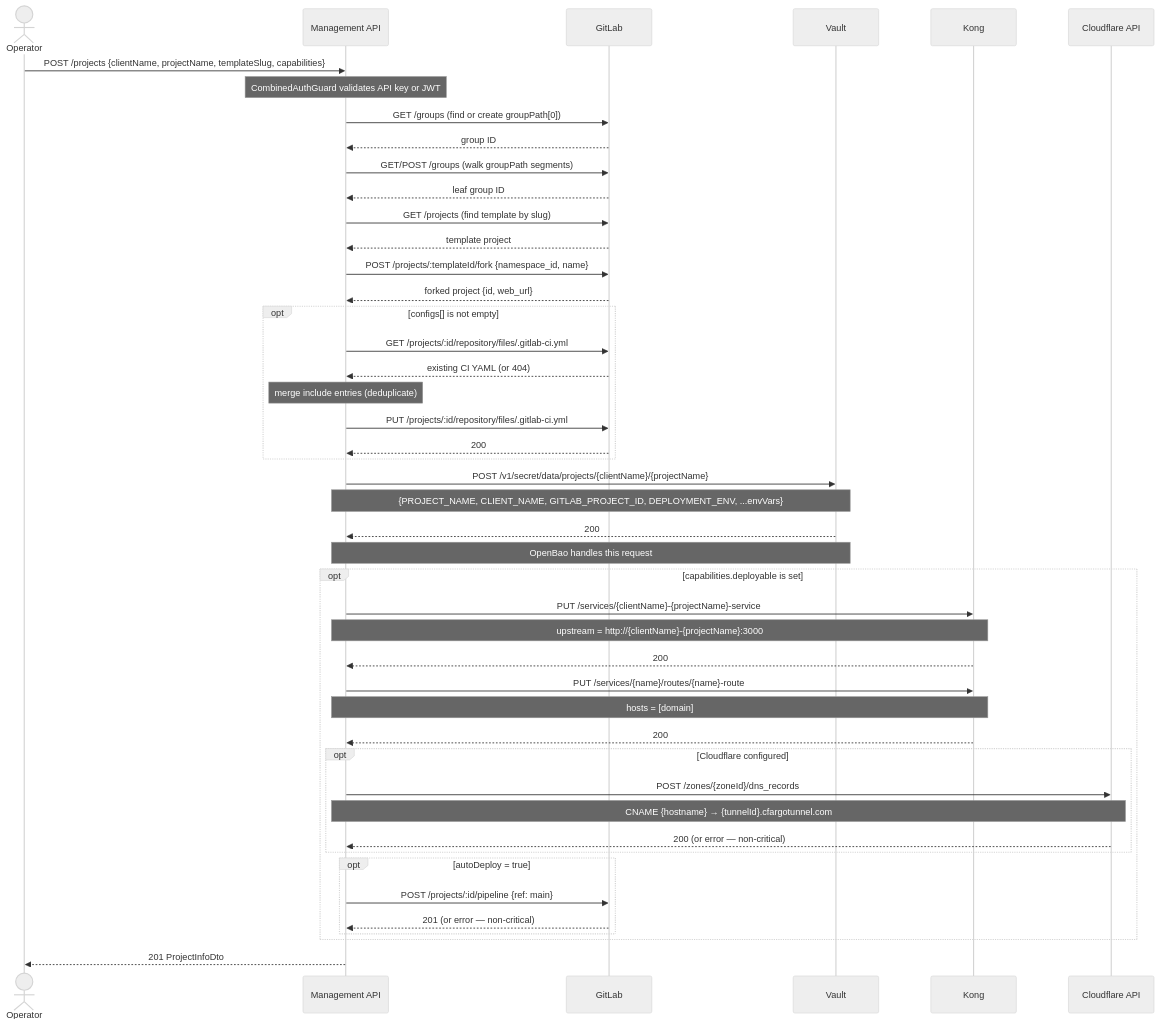
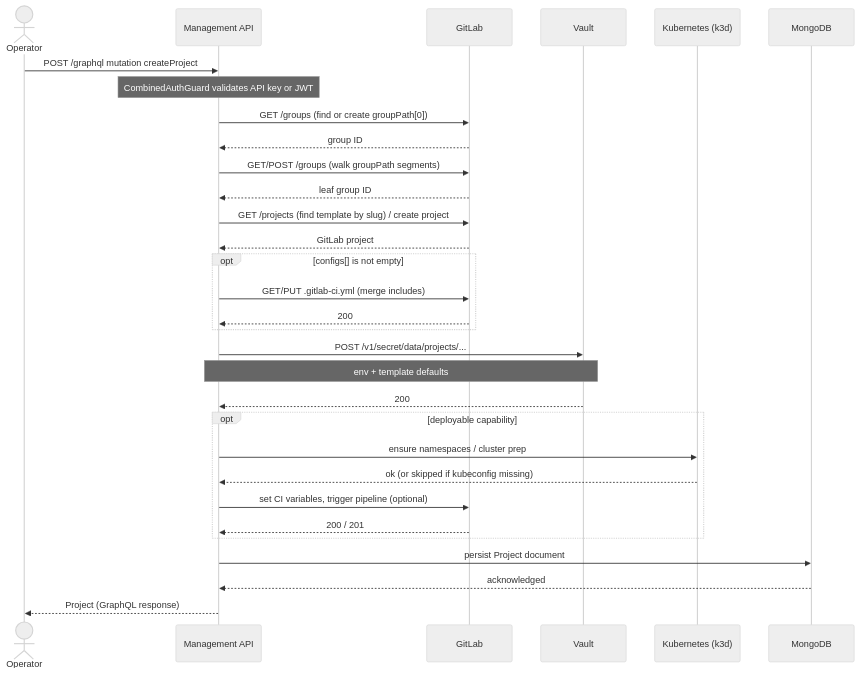
One commit to astarx-studio/devsecops-platform changed the first of 6 diagrams in __DOCS__/99_maintainers/04_data_flows.md. Above: the diagram before and after it, drawn with Mermaid (neutral theme). The commit also changed other lines of this file and 109 other files, not shown here.

````diff
--- a/__DOCS__/99_maintainers/04_data_flows.md
+++ b/__DOCS__/99_maintainers/04_data_flows.md
@@ -13,57 +13,41 @@
 ```mermaid
 sequenceDiagram
     actor Operator
     participant API as Management API
     participant GitLab
     participant Vault
-    participant Kong
-    participant CF as Cloudflare API
+    participant K8s as Kubernetes (k3d)
+    participant Mongo as MongoDB
 
-    Operator->>API: POST /projects {clientName, projectName, templateSlug, capabilities}
+    Operator->>API: POST /graphql mutation createProject
     Note over API: CombinedAuthGuard validates API key or JWT
 
     API->>GitLab: GET /groups (find or create groupPath[0])
     GitLab-->>API: group ID
     API->>GitLab: GET/POST /groups (walk groupPath segments)
     GitLab-->>API: leaf group ID
 
-    API->>GitLab: GET /projects (find template by slug)
-    GitLab-->>API: template project
-    API->>GitLab: POST /projects/:templateId/fork {namespace_id, name}
-    GitLab-->>API: forked project {id, web_url}
+    API->>GitLab: GET /projects (find template by slug) / create project
+    GitLab-->>API: GitLab project
 
     opt configs[] is not empty
-        API->>GitLab: GET /projects/:id/repository/files/.gitlab-ci.yml
-        GitLab-->>API: existing CI YAML (or 404)
-        Note over API: merge include entries (deduplicate)
-        API->>GitLab: PUT /projects/:id/repository/files/.gitlab-ci.yml
+        API->>GitLab: GET/PUT .gitlab-ci.yml (merge includes)
         GitLab-->>API: 200
     end
 
-    API->>Vault: POST /v1/secret/data/projects/{clientName}/{projectName}
-    Note over API,Vault: {PROJECT_NAME, CLIENT_NAME, GITLAB_PROJECT_ID, DEPLOYMENT_ENV, ...envVars}
+    API->>Vault: POST /v1/secret/data/projects/...
+    Note over API,Vault: env + template defaults
     Vault-->>API: 200
-    Note over API,Vault: OpenBao handles this request
 
-    opt capabilities.deployable is set
-        API->>Kong: PUT /services/{clientName}-{projectName}-service
-        Note over API,Kong: upstream = http://{clientName}-{projectName}:3000
-        Kong-->>API: 200
-        API->>Kong: PUT /services/{name}/routes/{name}-route
-        Note over API,Kong: hosts = [domain]
-        Kong-->>API: 200
-
-        opt Cloudflare configured
-            API->>CF: POST /zones/{zoneId}/dns_records
-            Note over API,CF: CNAME {hostname} → {tunnelId}.cfargotunnel.com
-            CF-->>API: 200 (or error — non-critical)
-        end
-
-        opt autoDeploy = true
-            API->>GitLab: POST /projects/:id/pipeline {ref: main}
-            GitLab-->>API: 201 (or error — non-critical)
-        end
+    opt deployable capability
+        API->>K8s: ensure namespaces / cluster prep
+        K8s-->>API: ok (or skipped if kubeconfig missing)
+        API->>GitLab: set CI variables, trigger pipeline (optional)
+        GitLab-->>API: 200 / 201
     end
 
-    API-->>Operator: 201 ProjectInfoDto
+    API->>Mongo: persist Project document
+    Mongo-->>API: acknowledged
+
+    API-->>Operator: Project (GraphQL response)
 ```
````
